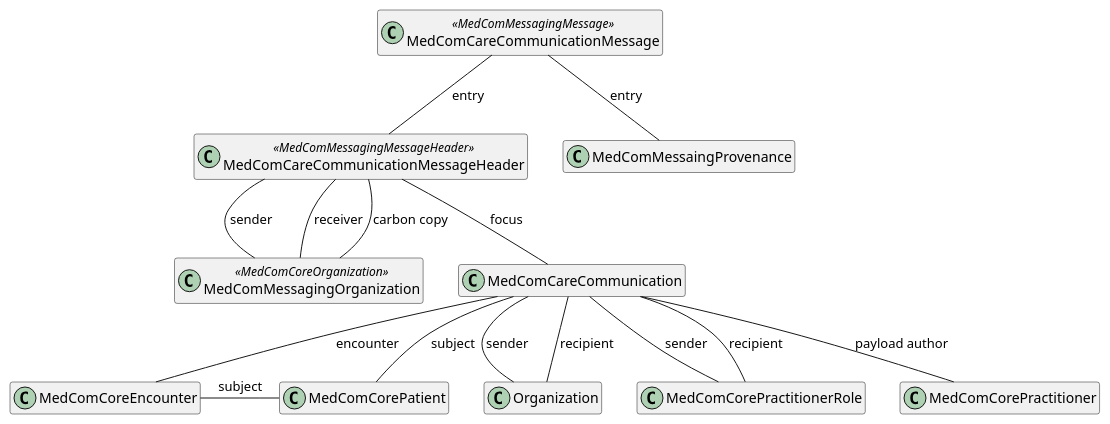
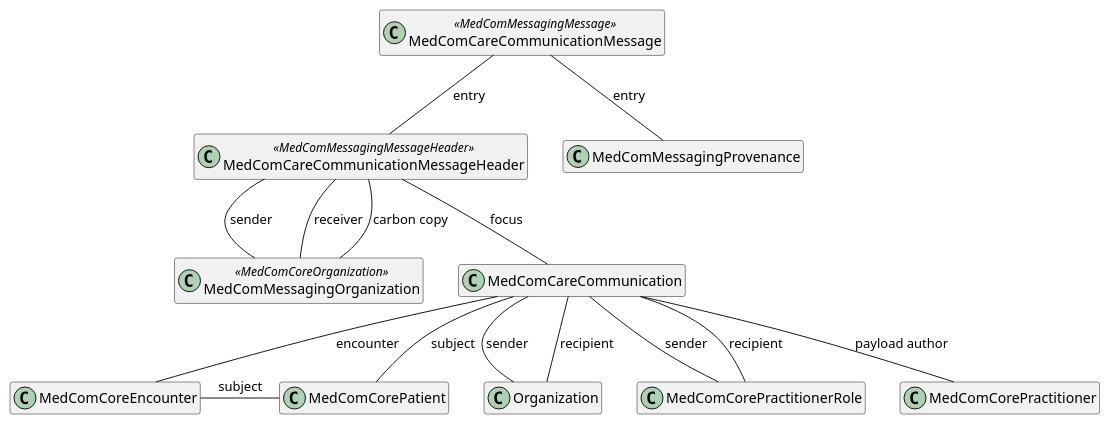
Before and after one commit to medcomdk/dk-medcom-carecommunication: the diagram in puml/CareCommunication.puml, drawn with PlantUML.

Commit message:
carecommunication model changed

```diff
--- a/puml/CareCommunication.puml
+++ b/puml/CareCommunication.puml
@@ -1,31 +1,31 @@
 @startuml CareCommunication
 
 hide empty members
 
 class "MedComCareCommunicationMessage" as message <<MedComMessagingMessage>>
 class "MedComCareCommunicationMessageHeader" as messageheader <<MedComMessagingMessageHeader>>
-class "MedComMessaingProvenance" as provenance
+class "MedComMessagingProvenance" as provenance
 class "MedComMessagingOrganization" as messagingOrganization <<MedComCoreOrganization>>
 class "MedComCareCommunication" as communication
 class "MedComCorePatient" as patient
 class "MedComCoreEncounter" as encounter
 class "Organization" as recipientOrganization 
 class "MedComCorePractitionerRole" as recipientRole
 class "MedComCorePractitioner" as author
 
 message -- messageheader : "entry"
 message -- provenance : "entry"
 messageheader -- messagingOrganization : "sender"
 messageheader -- messagingOrganization : "receiver"
 messageheader -- messagingOrganization : "carbon copy"
 messageheader -- communication : "focus"
 communication -- encounter : "encounter"
 communication -- patient : "subject"
 communication -- recipientOrganization : "sender"
 communication -- recipientRole : "sender"
 communication -- recipientOrganization : "recipient"
 communication -- recipientRole : "recipient"
 communication -- author : "payload author"
 
 encounter -patient :"subject"
 @enduml
```
